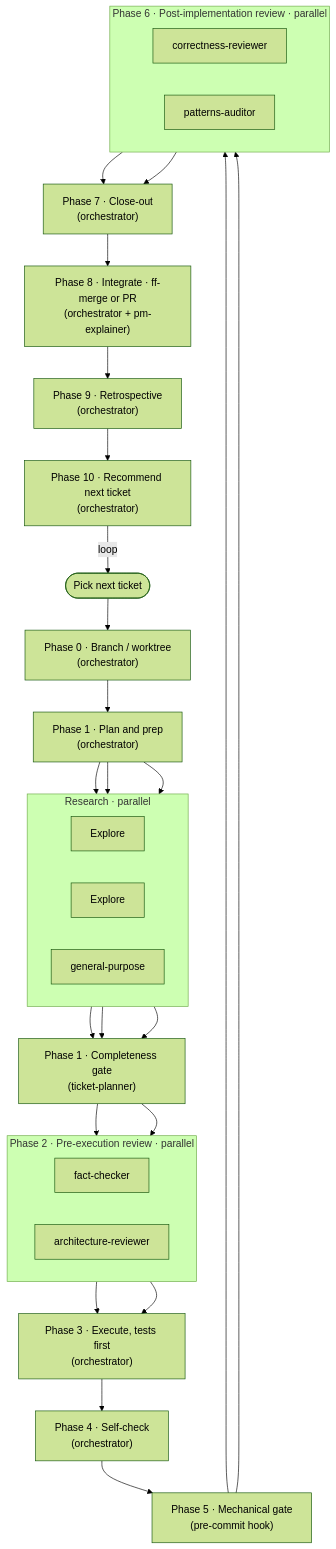
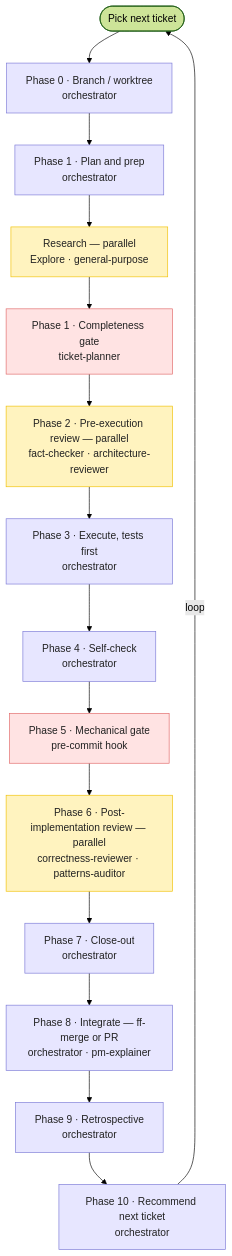
The diagram in README.md (davidegreenwald/claude-greenfield), drawn with Mermaid (forest theme) before and after one commit.

Commit message:
Make /work diagram a clean sequential top-to-bottom column (#3)
Replace the sprawling parallel subgraphs (which the layout engine spread
sideways with crossing edges) with a single vertical sequence. Parallel
passes are noted in-node with their agents; color-codes orchestrator vs gate
vs parallel phases. Rendered and verified locally. README-only; no version
change.

````diff
--- a/README.md
+++ b/README.md
@@ -66,33 +66,23 @@
 ```mermaid
 flowchart TD
-    subgraph RES["Research · parallel"]
-        direction LR
-        R1["Explore"]
-        R2["Explore"]
-        R3["general-purpose"]
-    end
-    subgraph PRE["Phase 2 · Pre-execution review · parallel"]
-        direction LR
-        FC["fact-checker"]
-        AR["architecture-reviewer"]
-    end
-    subgraph POST["Phase 6 · Post-implementation review · parallel"]
-        direction LR
-        CR["correctness-reviewer"]
-        PA["patterns-auditor"]
-    end
-    A(["Pick next ticket"]) --> P0["Phase 0 · Branch / worktree<br/>(orchestrator)"]
-    P0 --> P1["Phase 1 · Plan and prep<br/>(orchestrator)"]
-    P1 --> R1 & R2 & R3
-    R1 & R2 & R3 --> GATE1["Phase 1 · Completeness gate<br/>(ticket-planner)"]
-    GATE1 --> FC & AR
-    FC & AR --> P3["Phase 3 · Execute, tests first<br/>(orchestrator)"]
-    P3 --> P4["Phase 4 · Self-check<br/>(orchestrator)"]
-    P4 --> P5["Phase 5 · Mechanical gate<br/>(pre-commit hook)"]
-    P5 --> CR & PA
-    CR & PA --> P7["Phase 7 · Close-out<br/>(orchestrator)"]
-    P7 --> P8["Phase 8 · Integrate · ff-merge or PR<br/>(orchestrator + pm-explainer)"]
-    P8 --> P9["Phase 9 · Retrospective<br/>(orchestrator)"]
-    P9 --> P10["Phase 10 · Recommend next ticket<br/>(orchestrator)"]
+    A(["Pick next ticket"]) --> P0["Phase 0 · Branch / worktree<br/>orchestrator"]
+    P0 --> P1["Phase 1 · Plan and prep<br/>orchestrator"]
+    P1 --> RES["Research — parallel<br/>Explore · general-purpose"]
+    RES --> GATE["Phase 1 · Completeness gate<br/>ticket-planner"]
+    GATE --> PRE["Phase 2 · Pre-execution review — parallel<br/>fact-checker · architecture-reviewer"]
+    PRE --> P3["Phase 3 · Execute, tests first<br/>orchestrator"]
+    P3 --> P4["Phase 4 · Self-check<br/>orchestrator"]
+    P4 --> P5["Phase 5 · Mechanical gate<br/>pre-commit hook"]
+    P5 --> POST["Phase 6 · Post-implementation review — parallel<br/>correctness-reviewer · patterns-auditor"]
+    POST --> P7["Phase 7 · Close-out<br/>orchestrator"]
+    P7 --> P8["Phase 8 · Integrate — ff-merge or PR<br/>orchestrator · pm-explainer"]
+    P8 --> P9["Phase 9 · Retrospective<br/>orchestrator"]
+    P9 --> P10["Phase 10 · Recommend next ticket<br/>orchestrator"]
     P10 -->|loop| A
+    classDef par fill:#fff3bf,stroke:#f0c000,color:#222;
+    classDef orch fill:#e7e6ff,stroke:#7a78d6,color:#222;
+    classDef gate fill:#ffe3e3,stroke:#e06666,color:#222;
+    class RES,PRE,POST par;
+    class P0,P1,P3,P4,P7,P8,P9,P10 orch;
+    class GATE,P5 gate;
 ```
````
